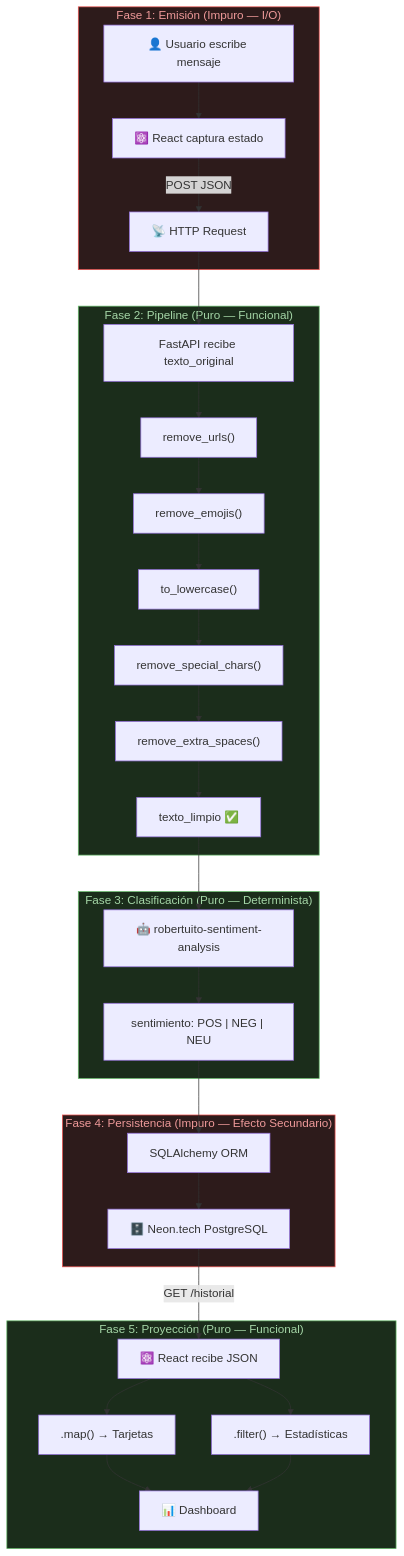
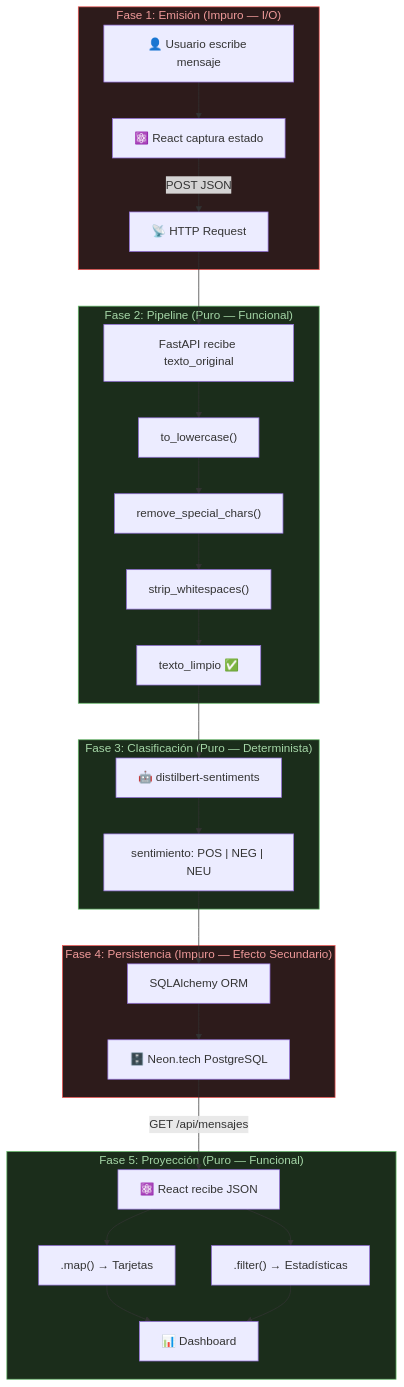
Before and after one commit to SantiagoScetti/analisis-funcional-en-vivo: the seventh of 7 diagrams in frontend/.agent/arquitectura_del_sistema.md, drawn with Mermaid. The commit also changed other lines of this file and 11 other files, not shown here.

Commit message:
seo: optimize index.html with meta tags, Open Graph, Twitter Cards, and theme color

````diff
--- a/frontend/.agent/arquitectura_del_sistema.md
+++ b/frontend/.agent/arquitectura_del_sistema.md
@@ -504,42 +544,40 @@
 ```mermaid
 flowchart TB
     subgraph F1 ["Fase 1: Emisión (Impuro — I/O)"]
         U["👤 Usuario escribe mensaje"]
         U --> React["⚛️ React captura estado"]
         React -->|POST JSON| API_IN["📡 HTTP Request"]
     end
 
     subgraph F2 ["Fase 2: Pipeline (Puro — Funcional)"]
         API_IN --> Recepcion["FastAPI recibe texto_original"]
-        Recepcion --> P1["remove_urls()"]
-        P1 --> P2["remove_emojis()"]
-        P2 --> P3["to_lowercase()"]
-        P3 --> P4["remove_special_chars()"]
-        P4 --> P5["remove_extra_spaces()"]
-        P5 --> TL["texto_limpio ✅"]
+        Recepcion --> P1["to_lowercase()"]
+        P1 --> P2["remove_special_chars()"]
+        P2 --> P3["strip_whitespaces()"]
+        P3 --> TL["texto_limpio ✅"]
     end
 
     subgraph F3 ["Fase 3: Clasificación (Puro — Determinista)"]
-        TL --> ML["🤖 robertuito-sentiment-analysis"]
+        TL --> ML["🤖 distilbert-sentiments"]
         ML --> Sent["sentimiento: POS | NEG | NEU"]
     end
 
     subgraph F4 ["Fase 4: Persistencia (Impuro — Efecto Secundario)"]
         Sent --> ORM["SQLAlchemy ORM"]
         ORM --> DB["🗄️ Neon.tech PostgreSQL"]
     end
 
     subgraph F5 ["Fase 5: Proyección (Puro — Funcional)"]
-        DB -->|GET /historial| FE["⚛️ React recibe JSON"]
+        DB -->|GET /api/mensajes| FE["⚛️ React recibe JSON"]
         FE --> Map[".map() → Tarjetas"]
         FE --> Filter[".filter() → Estadísticas"]
         Map --> Dashboard["📊 Dashboard"]
         Filter --> Dashboard
     end
 
     style F1 fill:#2d1b1b,color:#ef9a9a,stroke:#ef5350
     style F2 fill:#1b2d1b,color:#a5d6a7,stroke:#66bb6a
     style F3 fill:#1b2d1b,color:#a5d6a7,stroke:#66bb6a
     style F4 fill:#2d1b1b,color:#ef9a9a,stroke:#ef5350
     style F5 fill:#1b2d1b,color:#a5d6a7,stroke:#66bb6a
 ```
````
